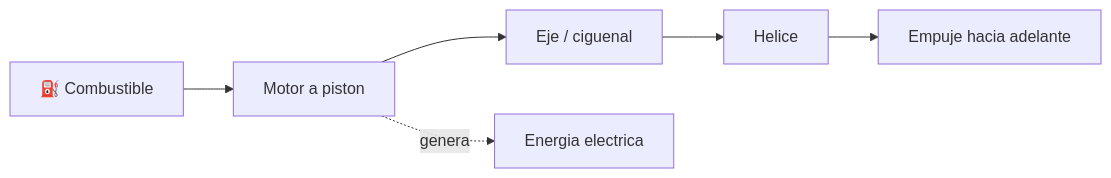
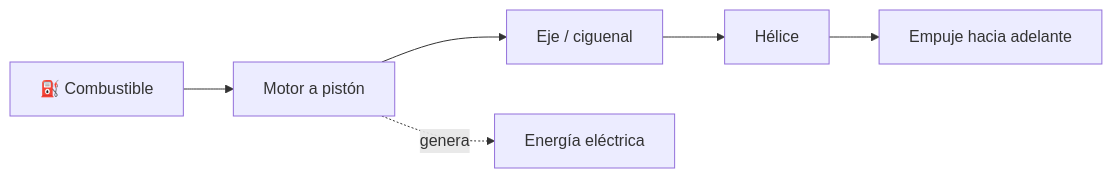
Before and after one commit to vladimiracunadev-create/machine-operator-program: the third of 3 diagrams in vehiculos/aviones-pequenos/operacion/sistemas-mecanicos-avion-pequeno.md, drawn with Mermaid. The commit also changed other lines of this file and 442 other files, not shown here.

````diff
--- a/vehiculos/aviones-pequenos/operacion/sistemas-mecanicos-avion-pequeno.md
+++ b/vehiculos/aviones-pequenos/operacion/sistemas-mecanicos-avion-pequeno.md
@@ -89,8 +89,8 @@
 ```mermaid
 flowchart LR
-    Comb[⛽ Combustible] --> Motor[Motor a piston]
+    Comb[⛽ Combustible] --> Motor[Motor a pistón]
     Motor --> Eje[Eje / ciguenal]
-    Eje --> Helice[Helice]
+    Eje --> Helice[Hélice]
     Helice --> Empuje[Empuje hacia adelante]
-    Motor -. genera .-> Electrico[Energia electrica]
+    Motor -. genera .-> Electrico[Energía eléctrica]
 ```
````
